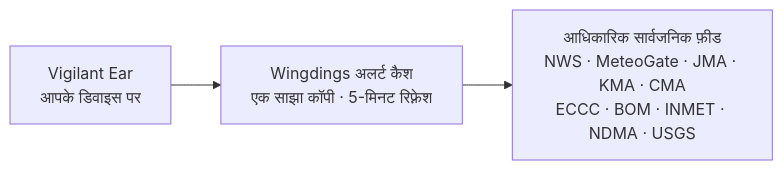
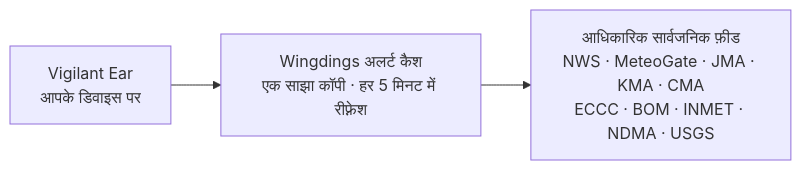
Before and after one commit to rpalm01-star/VigilantEarLegal: the fourth of 4 diagrams in README_hi.md, drawn with Mermaid. The commit also changed other lines of this file and 29 other files, not shown here.

````diff
--- a/README_hi.md
+++ b/README_hi.md
@@ -162,5 +171,5 @@
 ```mermaid
 graph LR
-    P1["Vigilant Ear<br/>आपके डिवाइस पर"] --> W["Wingdings अलर्ट कैश<br/>एक साझा कॉपी · 5-मिनट रिफ़्रेश"]
+    P1["Vigilant Ear<br/>आपके डिवाइस पर"] --> W["Wingdings अलर्ट कैश<br/>एक साझा कॉपी · हर 5 मिनट में रीफ़्रेश"]
     W --> N["आधिकारिक सार्वजनिक फ़ीड<br/>NWS · MeteoGate · JMA · KMA · CMA<br/>ECCC · BOM · INMET · NDMA · USGS"]
 ```
````
